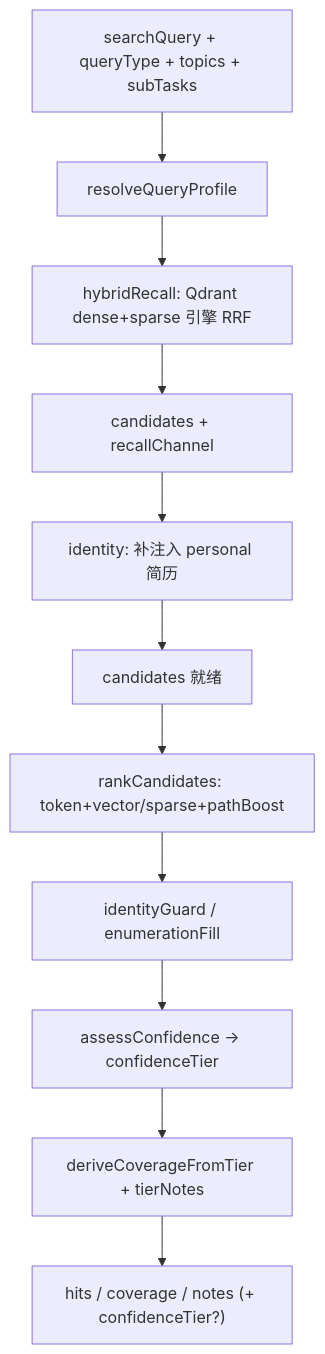
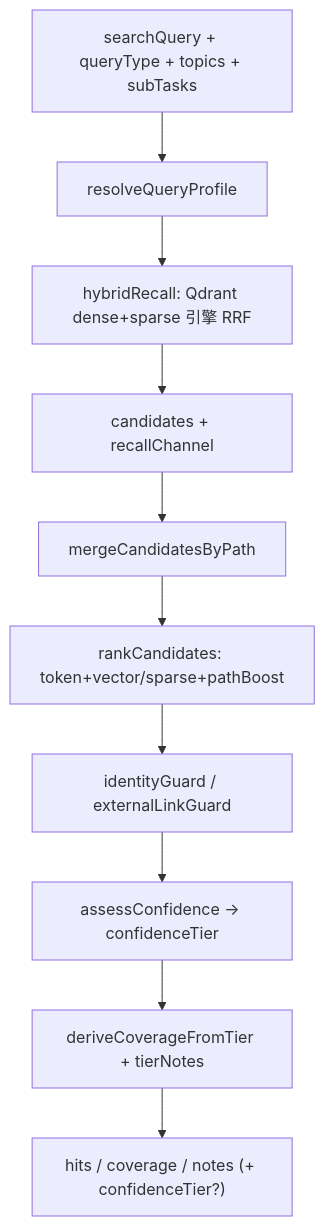
Before and after one commit to panzhanfei/agent: the sixth of 12 diagrams in docs/02-agent-flows.md, drawn with Mermaid. The commit also changed other lines of this file and 3 other files, not shown here.

````diff
--- a/docs/02-agent-flows.md
+++ b/docs/02-agent-flows.md
@@ -306,13 +306,12 @@
 ```mermaid
 flowchart TD
   IN["searchQuery + queryType + topics + subTasks"] --> PROFILE["resolveQueryProfile"]
   PROFILE --> HY["hybridRecall: Qdrant dense+sparse 引擎 RRF"]
   HY --> RAW[candidates + recallChannel]
-  RAW --> IDINJ["identity: 补注入 personal 简历"]
-  IDINJ --> CAND[candidates 就绪]
+  RAW --> CAND[mergeCandidatesByPath]
   CAND --> RULE["rankCandidates: token+vector/sparse+pathBoost"]
-  RULE --> GUARD["identityGuard / enumerationFill"]
+  RULE --> GUARD["identityGuard / externalLinkGuard"]
   GUARD --> TIER["assessConfidence → confidenceTier"]
   TIER --> COV["deriveCoverageFromTier + tierNotes"]
   COV --> OUT["hits / coverage / notes (+ confidenceTier?)"]
 ```
````
